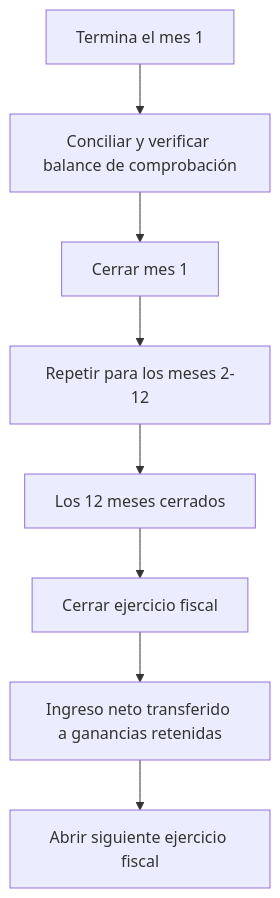
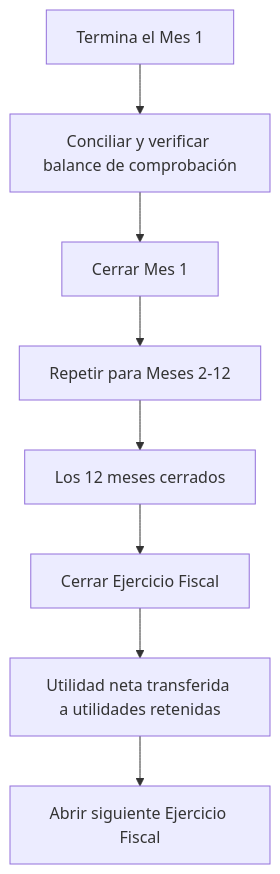
One commit to GaloyMoney/lana-bank changed the diagram in docs-site/i18n/es/docusaurus-plugin-content-docs/current/technical-documentation/accounting/closing.md. Above: the diagram before and after it, drawn with Mermaid. The commit also changed other lines of this file and 76 other files, not shown here.

````diff
--- a/docs-site/i18n/es/docusaurus-plugin-content-docs/current/technical-documentation/accounting/closing.md
+++ b/docs-site/i18n/es/docusaurus-plugin-content-docs/current/technical-documentation/accounting/closing.md
@@ -82,10 +73,10 @@
 ```mermaid
 flowchart TD
-    A[Termina el mes 1] --> B[Conciliar y verificar balance de comprobación]
-    B --> C[Cerrar mes 1]
-    C --> D[Repetir para los meses 2-12]
+    A[Termina el Mes 1] --> B[Conciliar y verificar balance de comprobación]
+    B --> C[Cerrar Mes 1]
+    C --> D[Repetir para Meses 2-12]
     D --> E[Los 12 meses cerrados]
-    E --> F[Cerrar ejercicio fiscal]
-    F --> G[Ingreso neto transferido a ganancias retenidas]
-    G --> H[Abrir siguiente ejercicio fiscal]
+    E --> F[Cerrar Ejercicio Fiscal]
+    F --> G[Utilidad neta transferida a utilidades retenidas]
+    G --> H[Abrir siguiente Ejercicio Fiscal]
 ```
````
